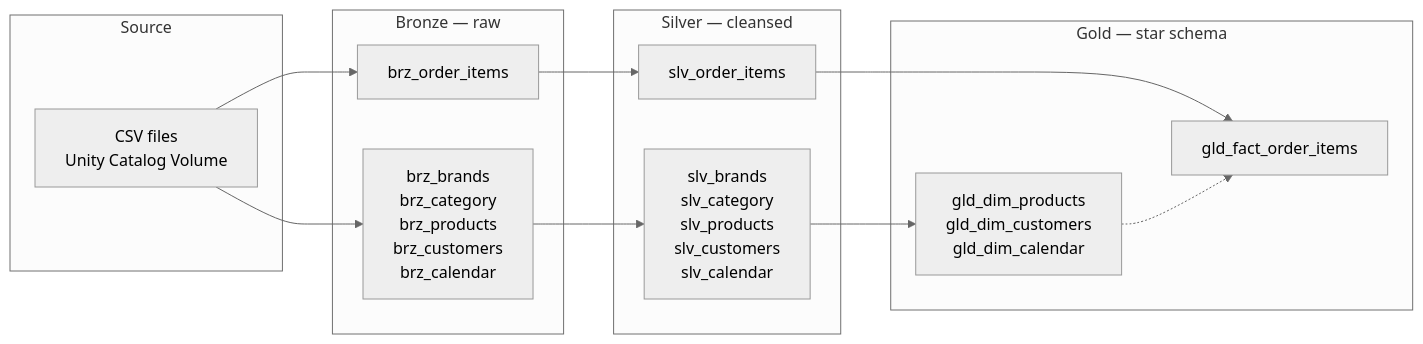
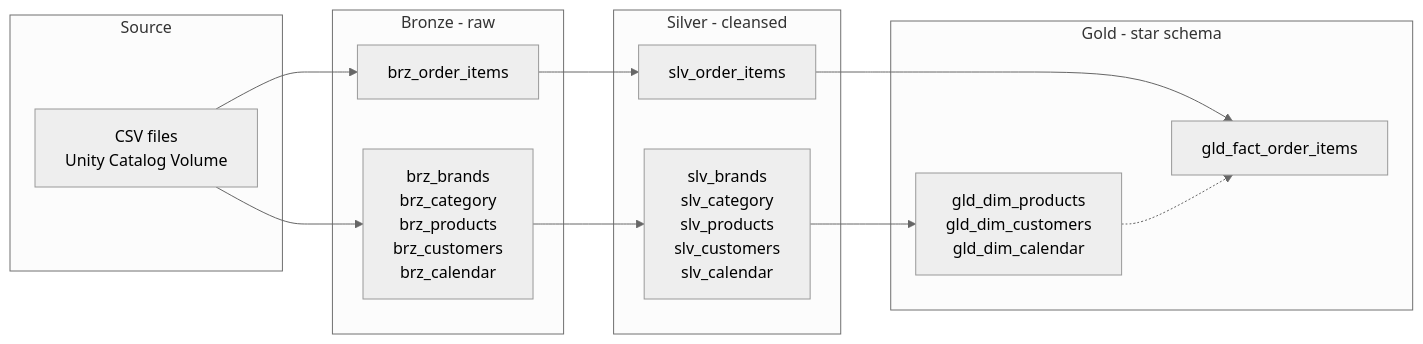
The first of 2 diagrams in README.md (atchyuthd/databricks-medallion-pipeline), drawn with Mermaid (neutral theme) before and after one commit. The commit also changed other lines of this file, not shown here.

````diff
--- a/README.md
+++ b/README.md
@@ -17,29 +19,29 @@
 ```mermaid
 flowchart LR
     subgraph SRC["Source"]
         CSV["CSV files<br/>Unity Catalog Volume"]
     end
 
-    subgraph BRZ["Bronze — raw"]
+    subgraph BRZ["Bronze - raw"]
         B1["brz_brands<br/>brz_category<br/>brz_products<br/>brz_customers<br/>brz_calendar"]
         B2["brz_order_items"]
     end
 
-    subgraph SLV["Silver — cleansed"]
+    subgraph SLV["Silver - cleansed"]
         S1["slv_brands<br/>slv_category<br/>slv_products<br/>slv_customers<br/>slv_calendar"]
         S2["slv_order_items"]
     end
 
-    subgraph GLD["Gold — star schema"]
+    subgraph GLD["Gold - star schema"]
         G1["gld_dim_products<br/>gld_dim_customers<br/>gld_dim_calendar"]
         G2["gld_fact_order_items"]
     end
 
     CSV --> B1
     CSV --> B2
     B1 --> S1
     B2 --> S2
     S1 --> G1
     S2 --> G2
     G1 -.-> G2
 ```
````
